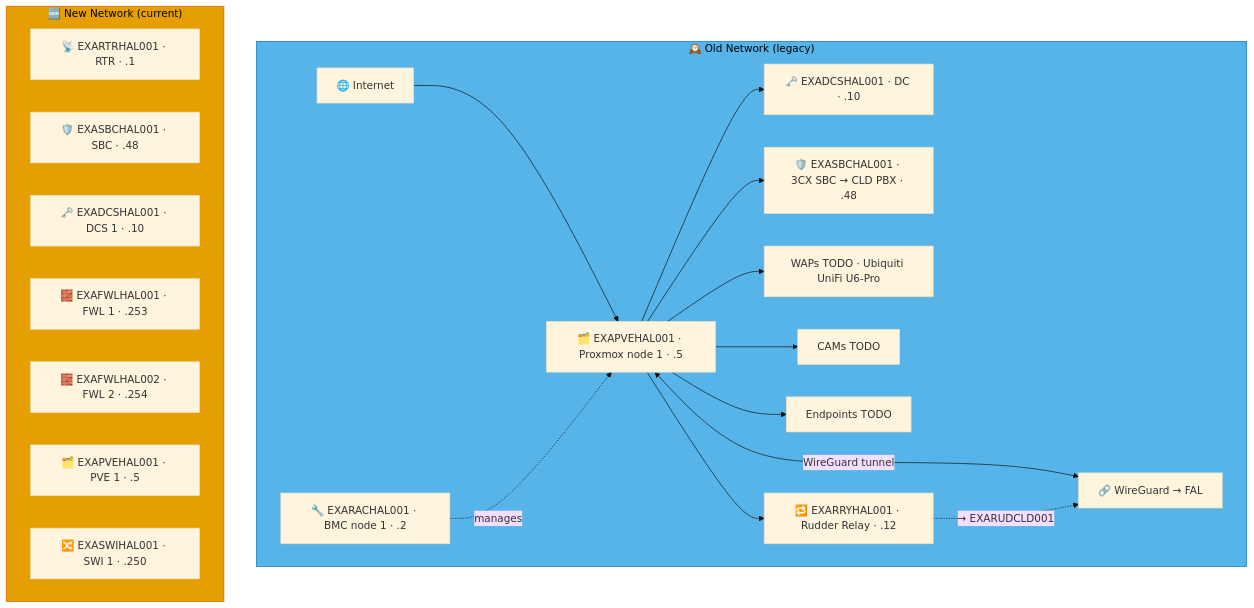
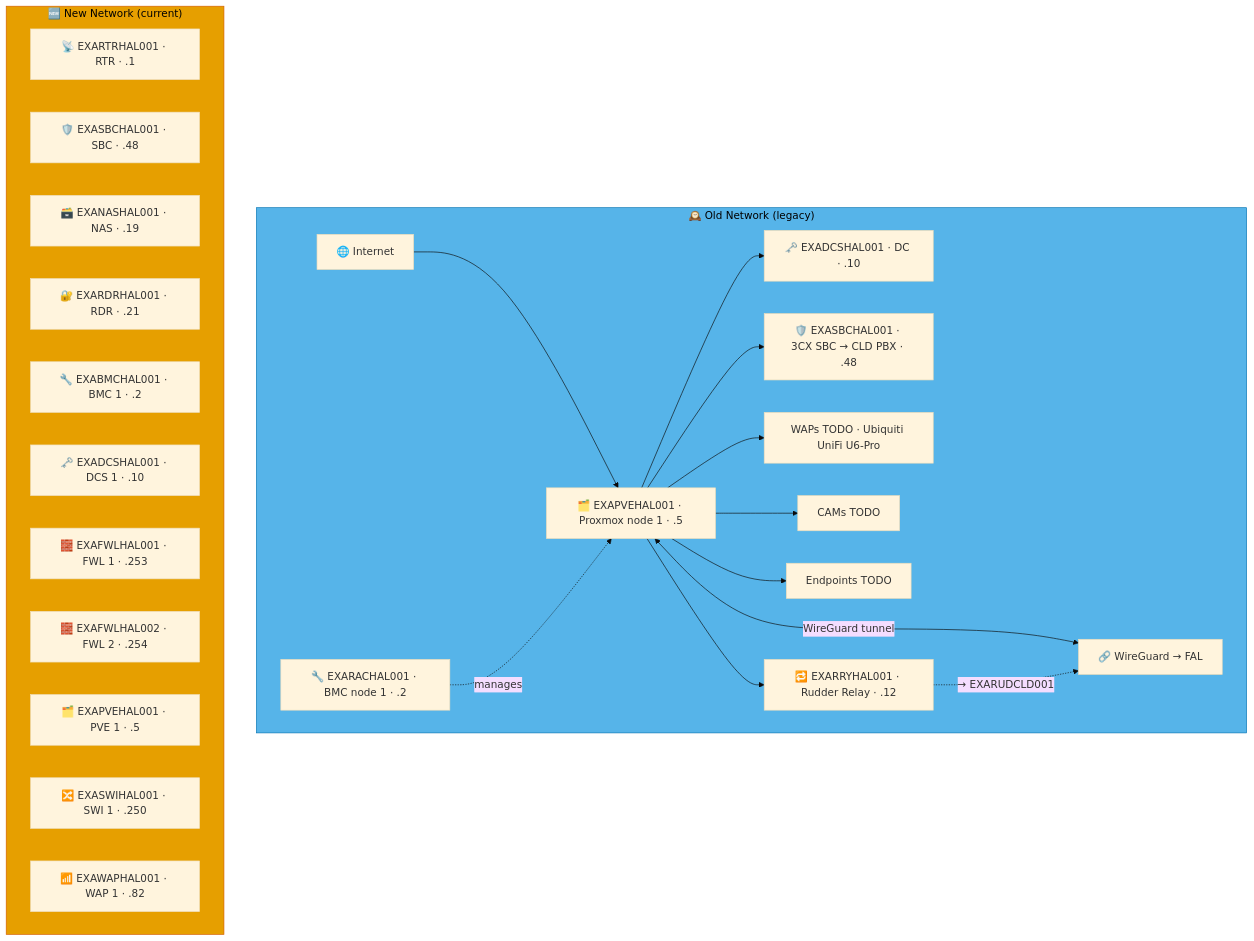
Before and after one commit to knightmare2600/example_music_infra: the seventh of 9 diagrams in docs/network-diagram/england.md, drawn with Mermaid (base theme). The commit also changed other lines of this file and 15 other files, not shown here.

````diff
--- a/docs/network-diagram/england.md
+++ b/docs/network-diagram/england.md
@@ -358,36 +381,40 @@
 ```mermaid
 graph TD
     subgraph OLD_HAL ["🕰️ Old Network (legacy)"]
       INET["🌐 Internet"]
       RAC["🔧 EXARACHAL001 · BMC node 1 · .2"]
       PVE["🗂️ EXAPVEHAL001 · Proxmox node 1 · .5"]
       DC["🗝️ EXADCSHAL001 · DC · .10"]
       SBC["🛡️ EXASBCHAL001 · 3CX SBC → CLD PBX · .48"]
       RRY["🔁 EXARRYHAL001 · Rudder Relay · .12"]
       WAP["WAPs TODO · Ubiquiti UniFi U6-Pro"]
       CAM["CAMs TODO"]
       EP["Endpoints TODO"]
       VPN["🔗 WireGuard → FAL"]
 
       INET --> PVE --> DC & SBC
       RAC -.->|"manages"| PVE
       PVE --> WAP & CAM & EP
       PVE <-->|"WireGuard tunnel"| VPN
 
       PVE --> RRY
       RRY -. "→ EXARUDCLD001" .-> VPN
     end
     style OLD_HAL fill:#56B4E9,stroke:#0072B2,color:#000000
     %% GENERATED:NEW-NETWORK:HAL:START
     subgraph NEW_HAL ["🆕 New Network (current)"]
       N_RTR["📡 EXARTRHAL001 · RTR · .1"]
       N_SBC["🛡️ EXASBCHAL001 · SBC · .48"]
+      N_NAS["🗃️ EXANASHAL001 · NAS · .19"]
+      N_RDR["🔐 EXARDRHAL001 · RDR · .21"]
+      N_BMC["🔧 EXABMCHAL001 · BMC 1 · .2"]
       N_DCS["🗝️ EXADCSHAL001 · DCS 1 · .10"]
       N_FWL["🧱 EXAFWLHAL001 · FWL 1 · .253"]
       N_FWL2["🧱 EXAFWLHAL002 · FWL 2 · .254"]
       N_PVE["🗂️ EXAPVEHAL001 · PVE 1 · .5"]
       N_SWI["🔀 EXASWIHAL001 · SWI 1 · .250"]
+      N_WAP["📶 EXAWAPHAL001 · WAP 1 · .82"]
     end
     style NEW_HAL fill:#E69F00,stroke:#D55E00,color:#000000
     %% GENERATED:NEW-NETWORK:HAL:END
 ```
````
